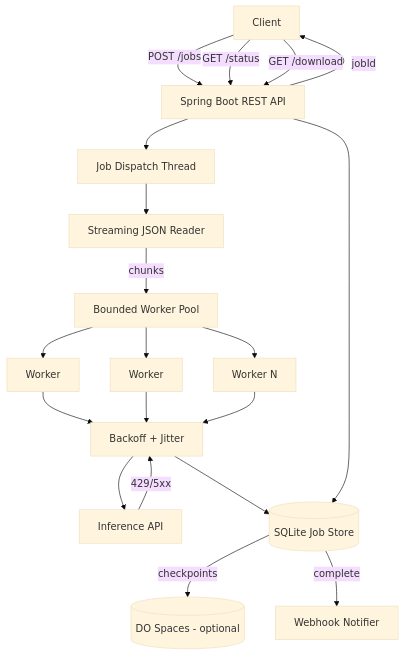
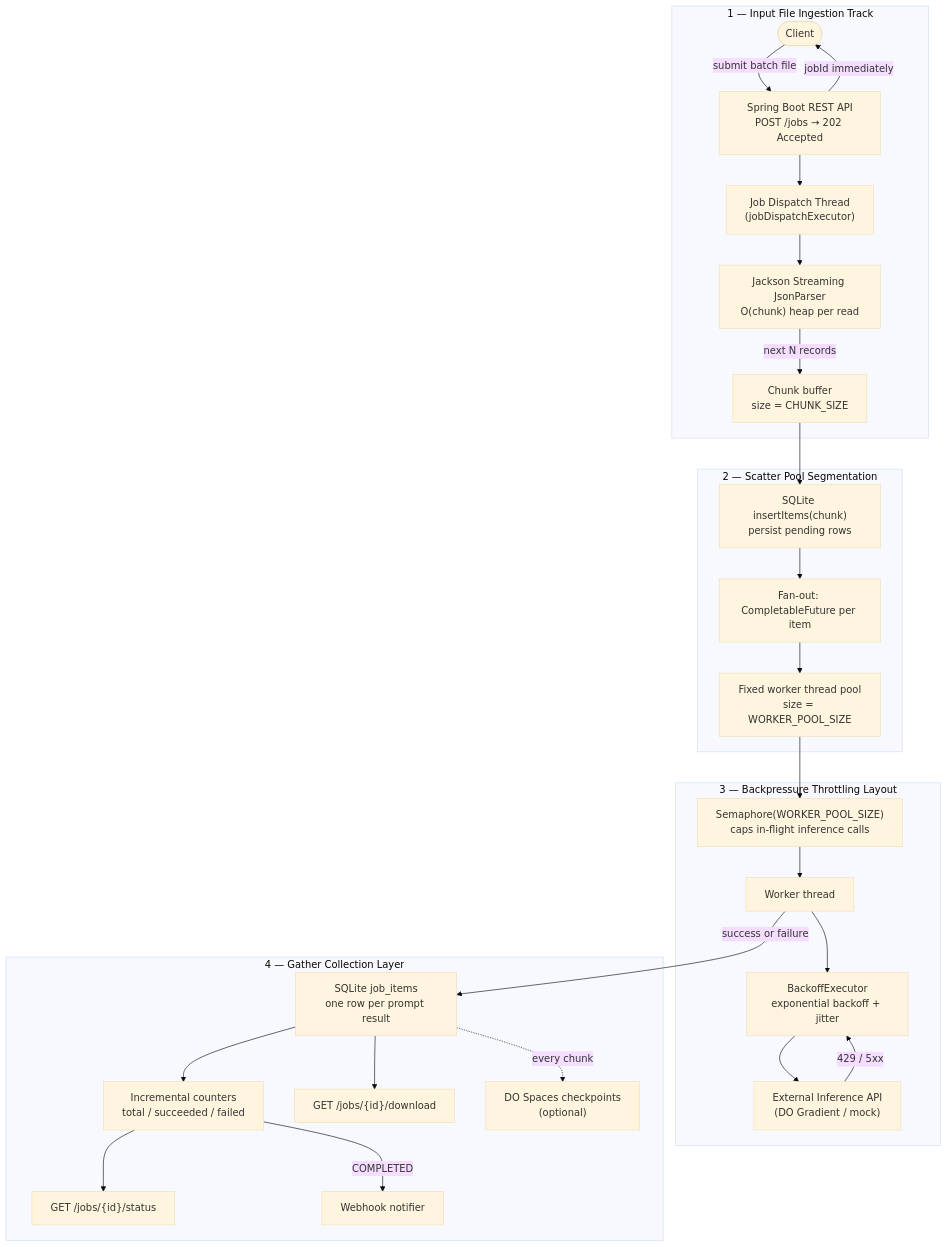
Before and after one commit to pragesh/batch-inference-engine: the diagram in README.md, drawn with Mermaid (base theme). The commit also changed other lines of this file and 6 other files, not shown here.

Commit message:
Add partial results API, expand tests, and update README Expose GET /jobs/{id}/results for incremental snapshots while a job runs. Add integration tests and document architecture, scaling, and CI expectations.

````diff
--- a/README.md
+++ b/README.md
@@ -9,22 +15,51 @@
 ```mermaid
 flowchart TB
-    Client -->|POST /jobs| API[Spring Boot REST API]
-    API -->|jobId| Client
-    API --> Dispatch[Job Dispatch Thread]
-    Dispatch --> Reader[Streaming JSON Reader]
-    Reader -->|chunks| Queue[Bounded Worker Pool]
-    Queue --> W1[Worker]
-    Queue --> W2[Worker]
-    Queue --> WN[Worker N]
-    W1 --> Retry[Backoff + Jitter]
-    W2 --> Retry
-    WN --> Retry
-    Retry --> Inference[Inference API]
-  Inference -->|429/5xx| Retry
-    Retry --> Store[(SQLite Job Store)]
-    Store -->|checkpoints| Spaces[(DO Spaces - optional)]
-    Client -->|GET /status| API
-    Client -->|GET /download| API
-    API --> Store
-    Store -->|complete| Webhook[Webhook Notifier]
+    subgraph ingest ["1 — Input File Ingestion Track"]
+        Client(["Client"])
+        API["Spring Boot REST API<br/>POST /jobs → 202 Accepted"]
+        Dispatch["Job Dispatch Thread<br/>(jobDispatchExecutor)"]
+        Stream["Jackson Streaming JsonParser<br/>O(chunk) heap per read"]
+        ChunkBuf["Chunk buffer<br/>size = CHUNK_SIZE"]
+        Client -->|submit batch file| API
+        API -->|jobId immediately| Client
+        API --> Dispatch
+        Dispatch --> Stream
+        Stream -->|next N records| ChunkBuf
+    end
+
+    subgraph scatter ["2 — Scatter Pool Segmentation"]
+        Insert["SQLite insertItems(chunk)<br/>persist pending rows"]
+        FanOut["Fan-out: CompletableFuture per item"]
+        Pool["Fixed worker thread pool<br/>size = WORKER_POOL_SIZE"]
+        ChunkBuf --> Insert
+        Insert --> FanOut
+        FanOut --> Pool
+    end
+
+    subgraph backpressure ["3 — Backpressure Throttling Layout"]
+        Sem["Semaphore(WORKER_POOL_SIZE)<br/>caps in-flight inference calls"]
+        Worker["Worker thread"]
+        Backoff["BackoffExecutor<br/>exponential backoff + jitter"]
+        Inference["External Inference API<br/>(DO Gradient / mock)"]
+        Pool --> Sem
+        Sem --> Worker
+        Worker --> Backoff
+        Backoff --> Inference
+        Inference -->|429 / 5xx| Backoff
+    end
+
+    subgraph gather ["4 — Gather Collection Layer"]
+        RowWrite["SQLite job_items<br/>one row per prompt result"]
+        Counters["Incremental counters<br/>total / succeeded / failed"]
+        StatusEP["GET /jobs/{id}/status"]
+        DownloadEP["GET /jobs/{id}/download"]
+        Spaces["DO Spaces checkpoints<br/>(optional)"]
+        Webhook["Webhook notifier"]
+        Worker -->|success or failure| RowWrite
+        RowWrite --> Counters
+        Counters --> StatusEP
+        RowWrite --> DownloadEP
+        RowWrite -.->|every chunk| Spaces
+        Counters -->|COMPLETED| Webhook
+    end
 ```
````
